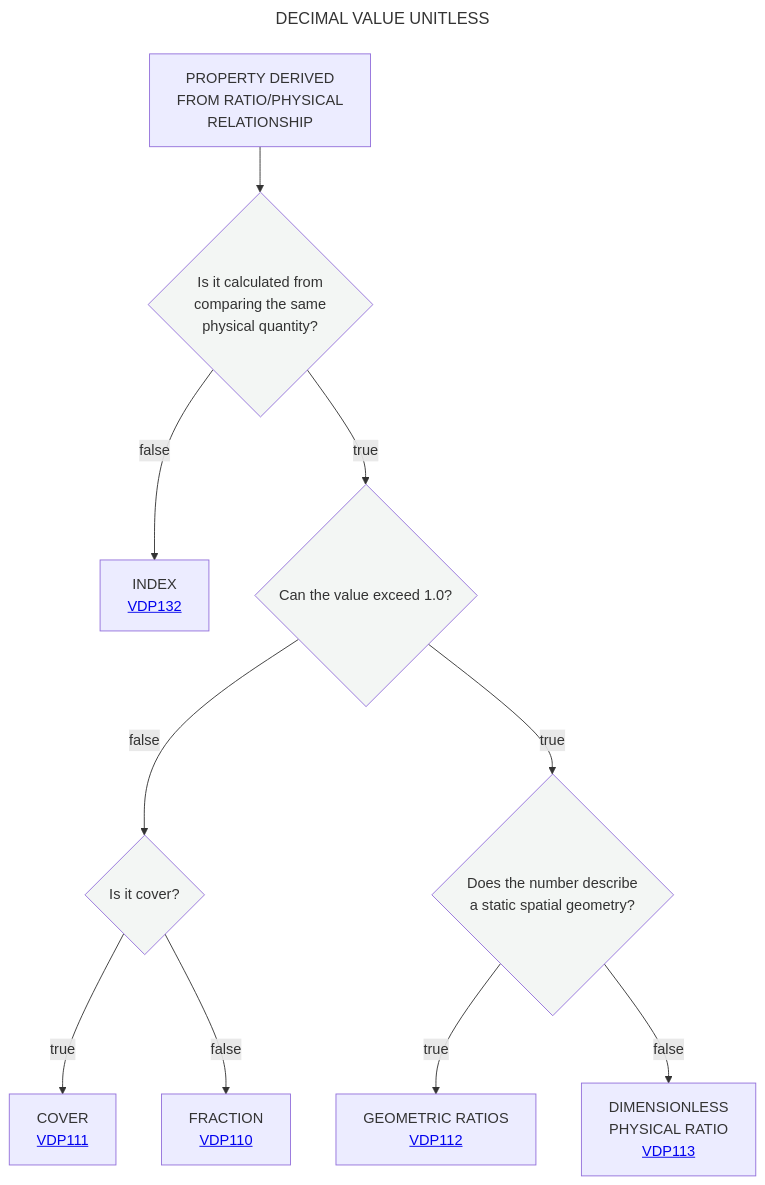
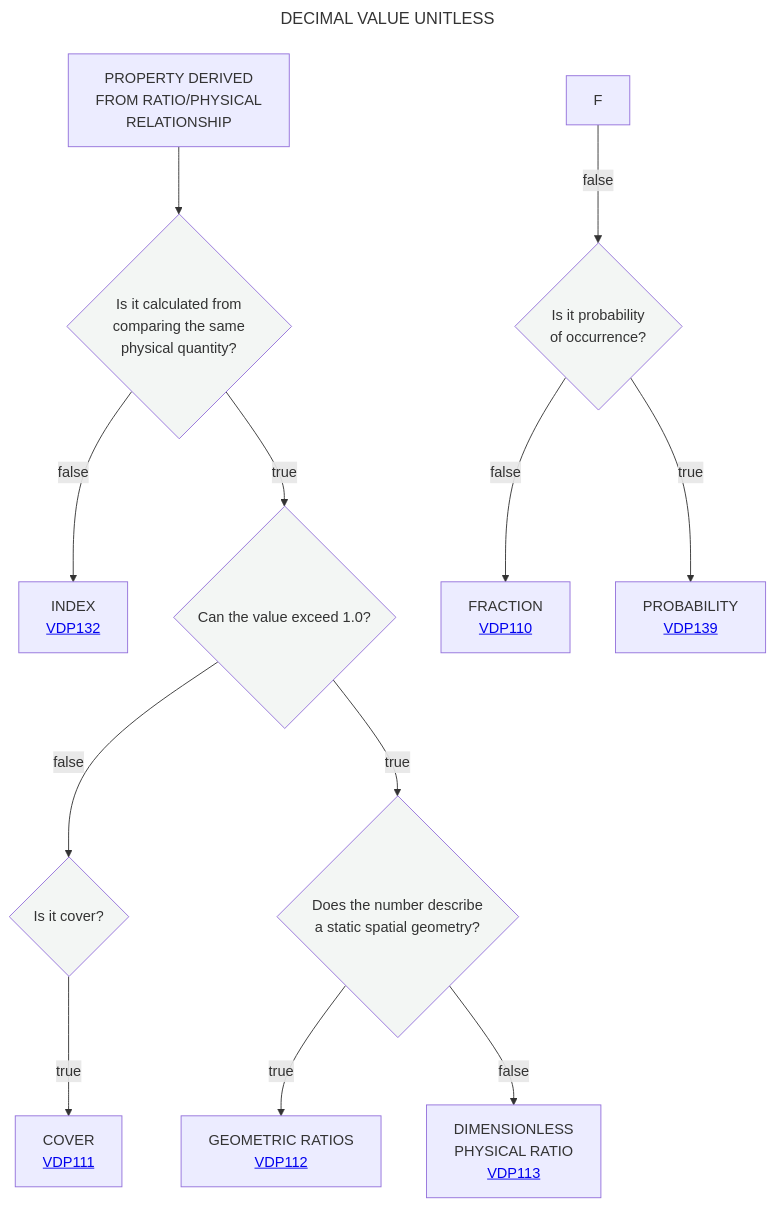
The diagram in Decisition_trees/DT1.mmd (mabablue/I-ADOPT-patterns-playground), drawn with Mermaid before and after one commit.

```diff
--- a/Decisition_trees/DT1.mmd
+++ b/Decisition_trees/DT1.mmd
@@ -1,17 +1,19 @@
 ---
 title: DECIMAL VALUE UNITLESS
 ---
 flowchart TD
     A[PROPERTY DERIVED <br> FROM RATIO/PHYSICAL <br> RELATIONSHIP] --> B{Is it calculated from  <br> comparing the same  <br> physical quantity?}:::white
     B --> |false|C[INDEX <br> <a href='https://github.com/mabablue/I-ADOPT-patterns-playground/blob/main/pattern/VDP132.yaml'>VDP132</a>]
     B --> |true|D{Can the value exceed 1.0?}:::white
     D --> |false|E{Is it cover?}:::white
     D --> |true|L{Does the number describe <br> a static spatial geometry?}:::white
     E --> |true|G[COVER <br> <a href='https://github.com/mabablue/I-ADOPT-patterns-playground/blob/main/pattern/VDP111.yaml'>VDP111</a>]
-    E --> |false|H[FRACTION <br> <a href='https://github.com/mabablue/I-ADOPT-patterns-playground/blob/main/pattern/VDP110.yaml'>VDP110</a>]
+    F --> |false|H{Is it probability <br> of occurrence?}:::white
+    H --> |false|I[FRACTION <br> <a href='https://github.com/mabablue/I-ADOPT-patterns-playground/blob/main/pattern/VDP110.yaml'>VDP110</a>]
+    H --> |true|J[PROBABILITY <br> <a href='https://github.com/mabablue/I-ADOPT-patterns-playground/blob/main/pattern/VDP139.yaml'>VDP139</a>]
     L --> |true|M[GEOMETRIC RATIOS <br> <a href='https://github.com/mabablue/I-ADOPT-patterns-playground/blob/main/pattern/VDP112.yaml'>VDP112</a>] 
     L --> |false|N[DIMENSIONLESS <br> PHYSICAL RATIO <br> <a href='https://github.com/mabablue/I-ADOPT-patterns-playground/blob/main/pattern/VDP113.yaml'>VDP113</a>]
    classDef blue fill:#90D5FF
    classDef satblue fill:#57B9FF 
    classDef white fill:#f3f6f4
    classDef green fill:#6aa84f
```
